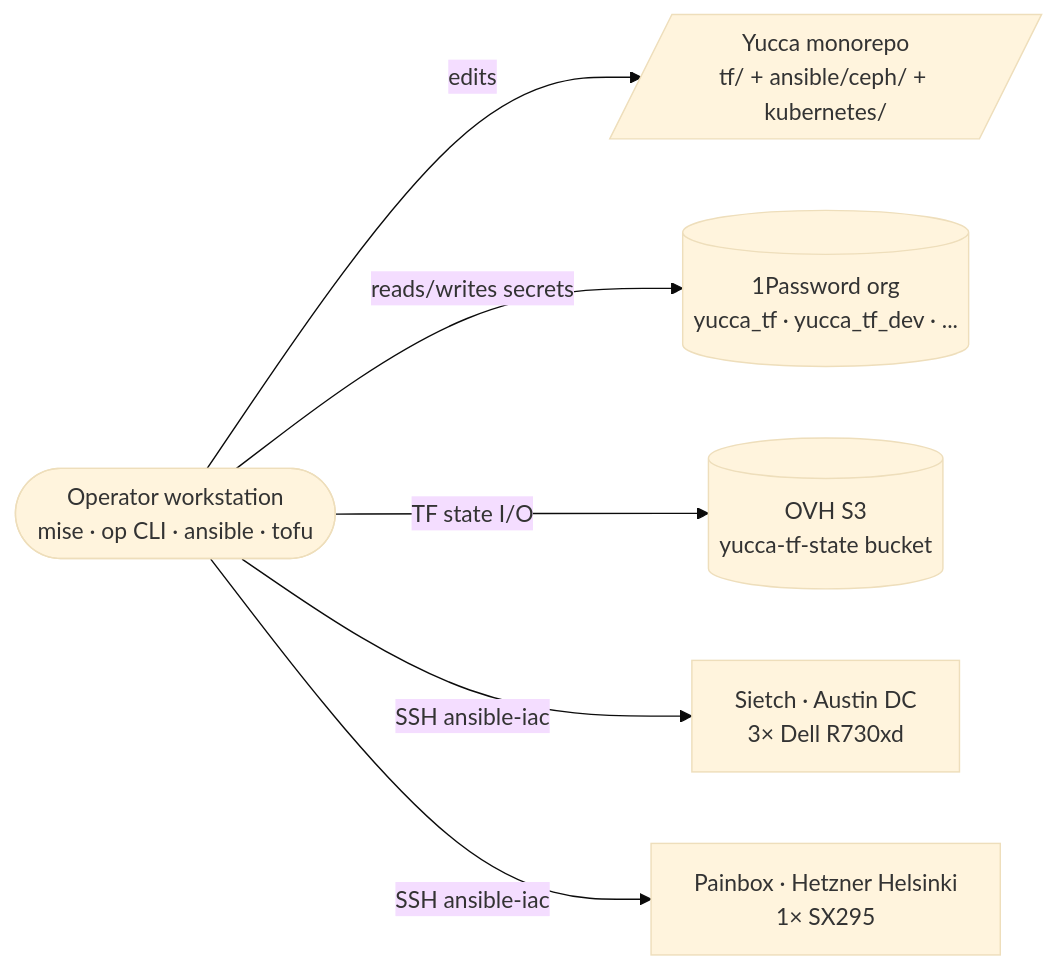
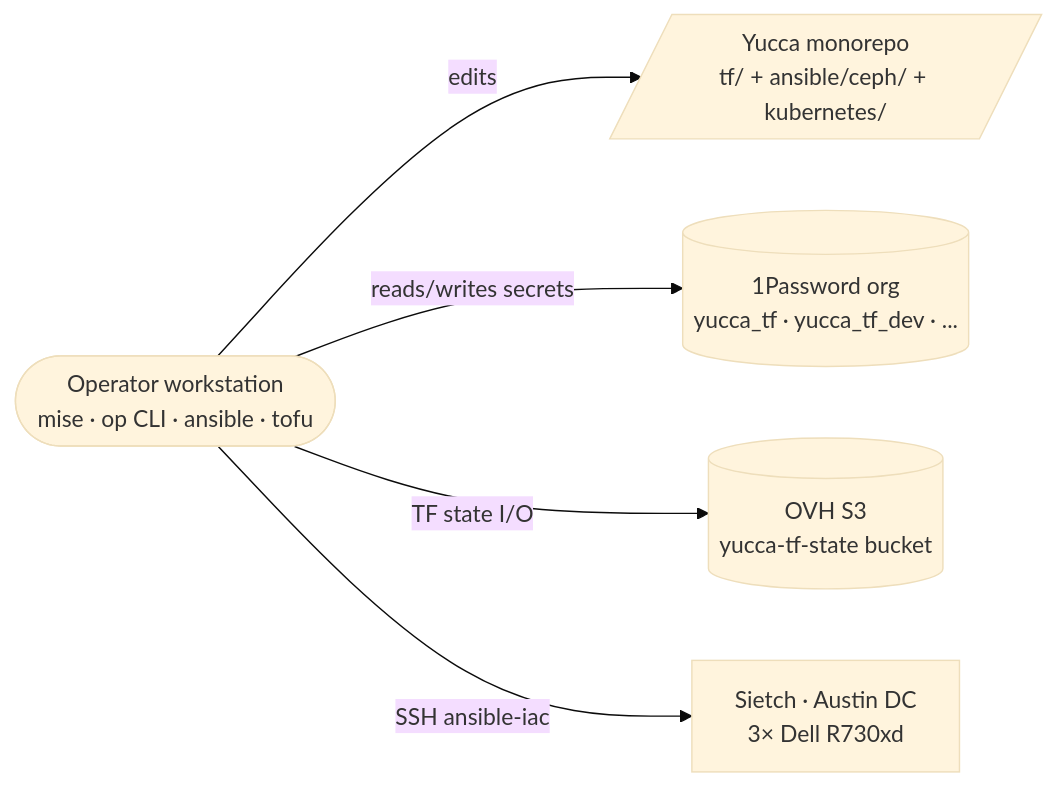
The first of 11 diagrams in ansible/ceph/docs/architecture.md (immich-app/yucca), drawn with Mermaid (base theme) before and after one commit. The commit also changed other lines of this file and 15 other files, not shown here.

````diff
--- a/ansible/ceph/docs/architecture.md
+++ b/ansible/ceph/docs/architecture.md
@@ -15,15 +15,13 @@
 ```mermaid
 flowchart LR
     OP([Operator workstation<br/>mise · op CLI · ansible · tofu])
     YUCCA[/Yucca monorepo<br/>tf/ + ansible/ceph/ + kubernetes//]
     ONEP[("1Password org<br/>yucca_tf · yucca_tf_dev · ...")]
     S3[("OVH S3<br/>yucca-tf-state bucket")]
     SIETCH["Sietch · Austin DC<br/>3× Dell R730xd"]
-    PAINBOX["Painbox · Hetzner Helsinki<br/>1× SX295"]
 
     OP -->|edits| YUCCA
     OP -->|reads/writes secrets| ONEP
     OP -->|TF state I/O| S3
     OP -->|SSH ansible-iac| SIETCH
-    OP -->|SSH ansible-iac| PAINBOX
 ```
````
